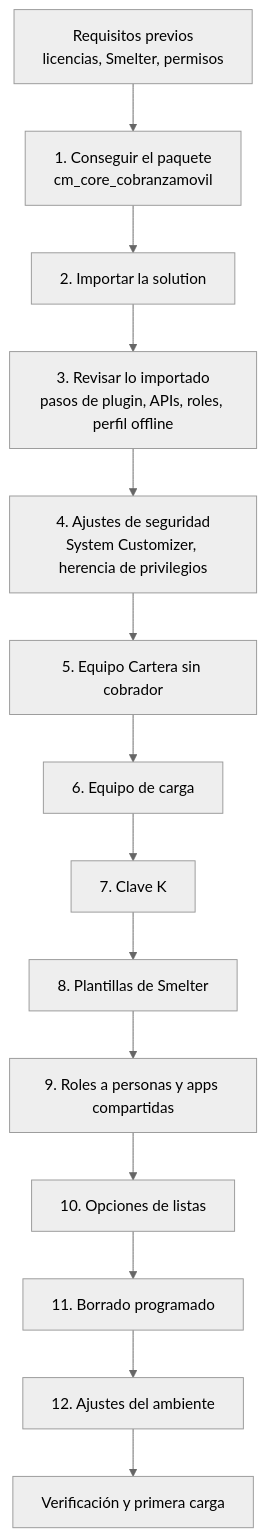
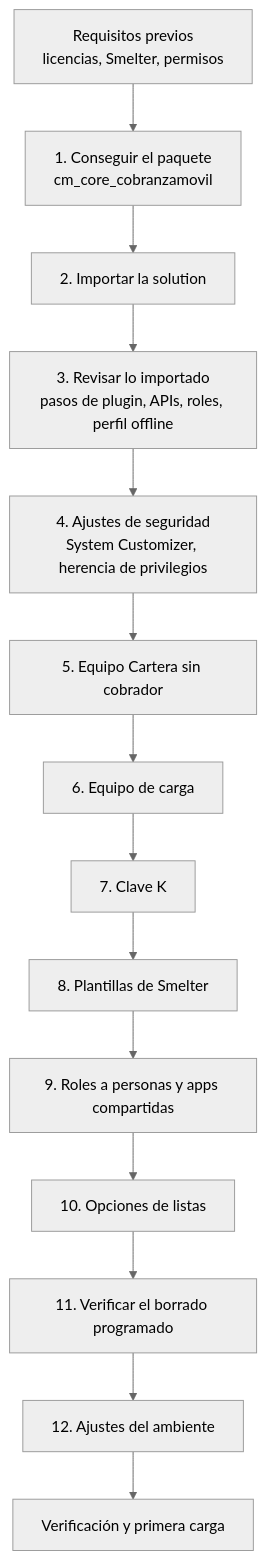
One commit to breaking-bytes-dev/cobranza-movil changed the diagram in docs/tecnica/09-instalacion-y-despliegue.md. Above: the diagram before and after it, drawn with Mermaid (neutral theme). The commit also changed other lines of this file and 12 other files, not shown here.

````diff
--- a/docs/tecnica/09-instalacion-y-despliegue.md
+++ b/docs/tecnica/09-instalacion-y-despliegue.md
@@ -14,16 +14,16 @@
 ```mermaid
 flowchart TD
     A["Requisitos previos<br/>licencias, Smelter, permisos"] --> B["1. Conseguir el paquete<br/>cm_core_cobranzamovil"]
     B --> C["2. Importar la solution"]
     C --> D["3. Revisar lo importado<br/>pasos de plugin, APIs, roles, perfil offline"]
     D --> E["4. Ajustes de seguridad<br/>System Customizer, herencia de privilegios"]
     E --> F["5. Equipo Cartera sin cobrador"]
     F --> G["6. Equipo de carga"]
     G --> H["7. Clave K"]
     H --> I["8. Plantillas de Smelter"]
     I --> J["9. Roles a personas y apps compartidas"]
     J --> K["10. Opciones de listas"]
-    K --> L["11. Borrado programado"]
+    K --> L["11. Verificar el borrado programado"]
     L --> M["12. Ajustes del ambiente"]
     M --> N["Verificación y primera carga"]
 ```
````
